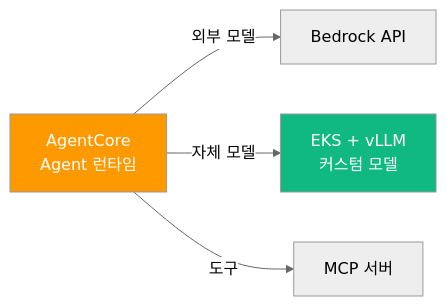
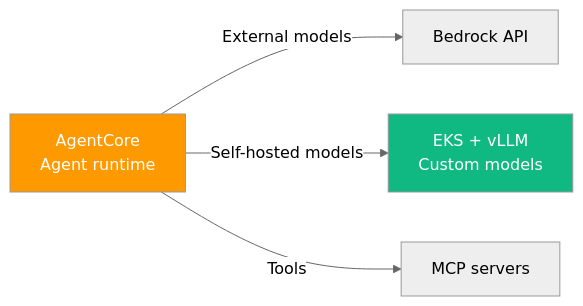
Before and after one commit to devfloor9/engineering-playbook: the seventh of 7 diagrams in docs/agentic-ai-platform/design-architecture/platform-selection/ai-platform-decision-framework.md, drawn with Mermaid (neutral theme). The commit also changed other lines of this file and 954 other files, not shown here.

````diff
--- a/docs/agentic-ai-platform/design-architecture/platform-selection/ai-platform-decision-framework.md
+++ b/docs/agentic-ai-platform/design-architecture/platform-selection/ai-platform-decision-framework.md
@@ -290,9 +290,9 @@
 ```mermaid
 flowchart LR
-    Agent["AgentCore<br/>Agent 런타임"] -->|"외부 모델"| Bedrock["Bedrock API"]
-    Agent -->|"자체 모델"| EKS["EKS + vLLM<br/>커스텀 모델"]
-    Agent -->|"도구"| MCP["MCP 서버"]
+    Agent["AgentCore<br/>Agent runtime"] -->|"External models"| Bedrock["Bedrock API"]
+    Agent -->|"Self-hosted models"| EKS["EKS + vLLM<br/>Custom models"]
+    Agent -->|"Tools"| MCP["MCP servers"]
     
     style Agent fill:#ff9900,color:#fff
     style EKS fill:#10b981,color:#fff
 ```
````
